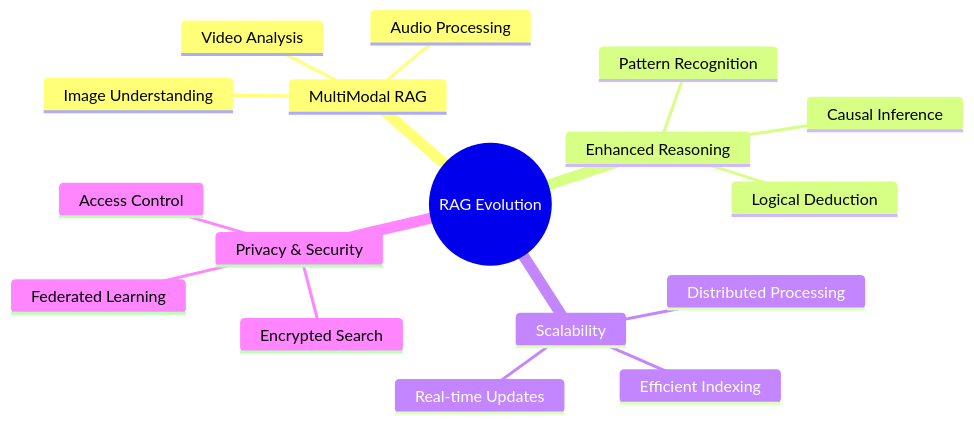
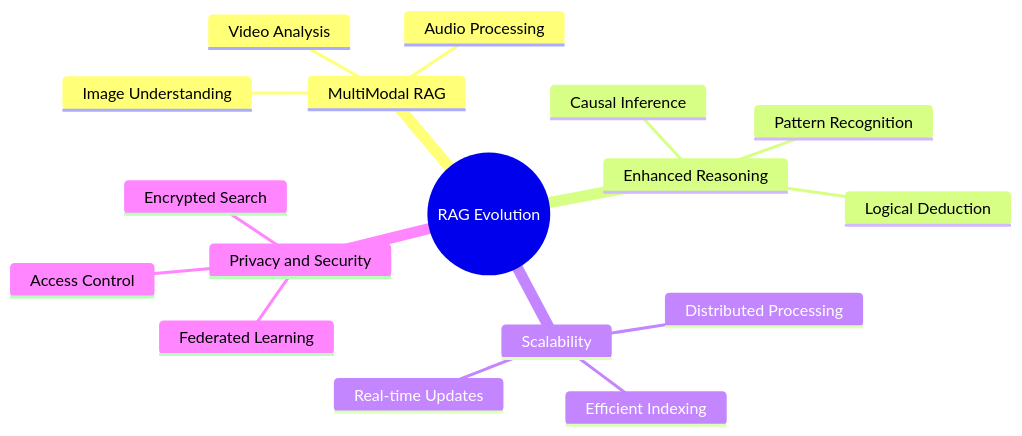
Before and after one commit to adityapallipati/data-modeling-copilot: the eighth of 8 diagrams in notebooks/README.md, drawn with Mermaid.

````diff
--- a/notebooks/README.md
+++ b/notebooks/README.md
@@ -146,20 +146,20 @@
 ```mermaid
 mindmap
     root((RAG Evolution))
         MultiModal RAG
             Image Understanding
             Audio Processing
             Video Analysis
         Enhanced Reasoning
             Causal Inference
             Logical Deduction
             Pattern Recognition
         Scalability
             Distributed Processing
             Efficient Indexing
             Real-time Updates
-        Privacy & Security
+        Privacy and Security
             Federated Learning
             Encrypted Search
             Access Control
 ```
````
